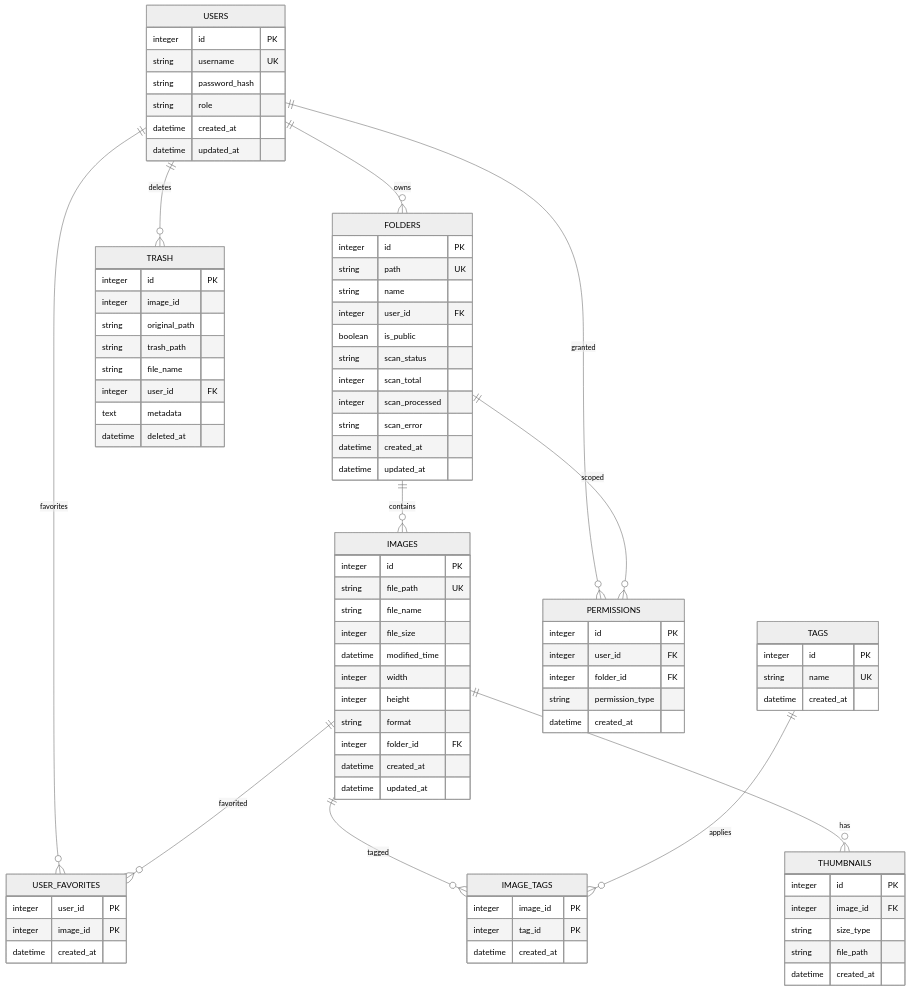
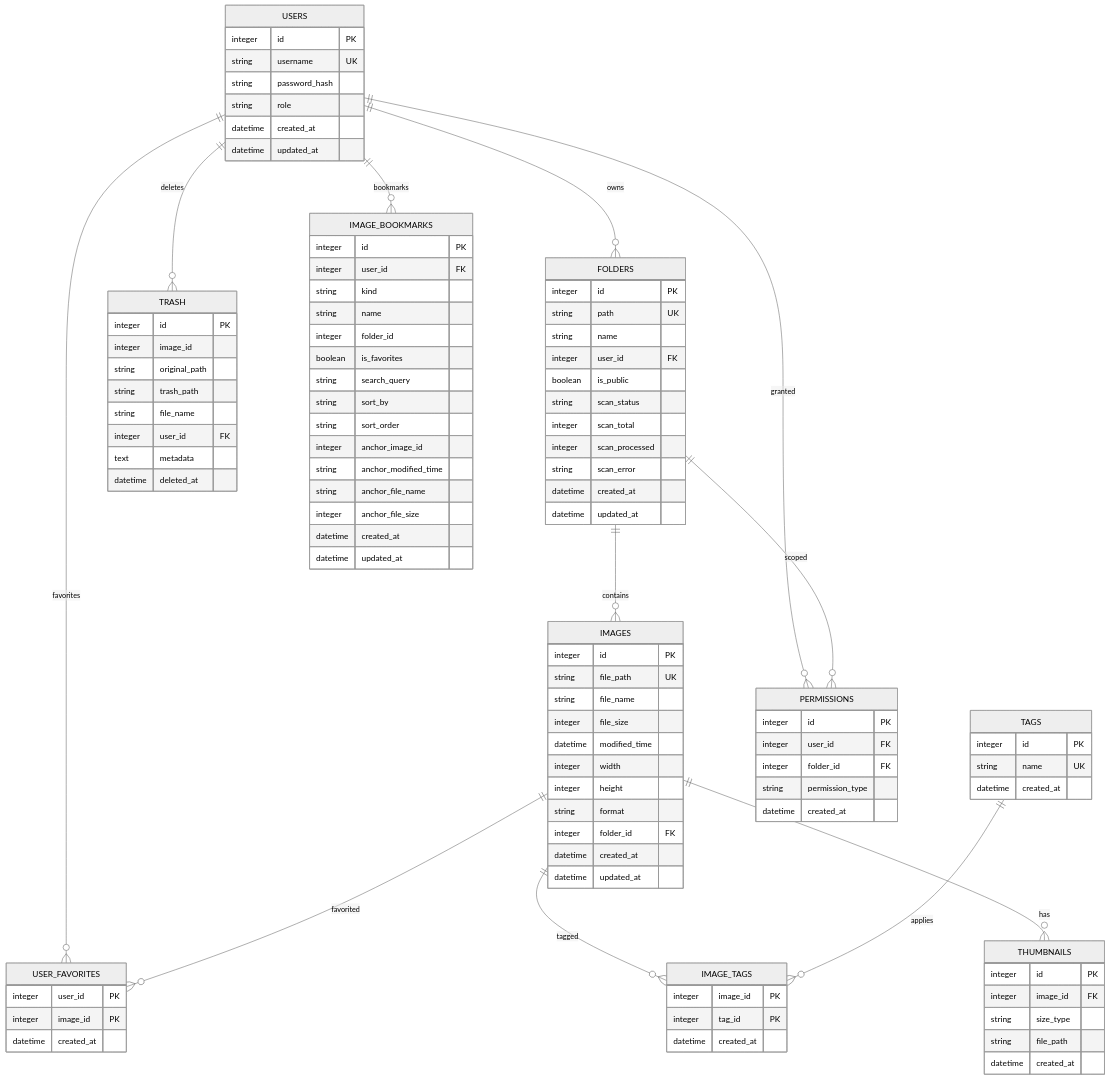
The third of 5 diagrams in docs/tech/PictureWeb技术架构文档.md (Yoyzhao/PictureWeb), drawn with Mermaid (neutral theme) before and after one commit. The commit also changed other lines of this file and 24 other files, not shown here.

````diff
--- a/docs/tech/PictureWeb技术架构文档.md
+++ b/docs/tech/PictureWeb技术架构文档.md
@@ -190,6 +204,7 @@
     USERS ||--o{ PERMISSIONS : granted
     FOLDERS ||--o{ PERMISSIONS : scoped
     USERS ||--o{ TRASH : deletes
+    USERS ||--o{ IMAGE_BOOKMARKS : bookmarks
 
     USERS {
         integer id PK
@@ -272,4 +287,22 @@
         text metadata
         datetime deleted_at
     }
+
+    IMAGE_BOOKMARKS {
+        integer id PK
+        integer user_id FK
+        string kind
+        string name
+        integer folder_id
+        boolean is_favorites
+        string search_query
+        string sort_by
+        string sort_order
+        integer anchor_image_id
+        string anchor_modified_time
+        string anchor_file_name
+        integer anchor_file_size
+        datetime created_at
+        datetime updated_at
+    }
 ```
````
